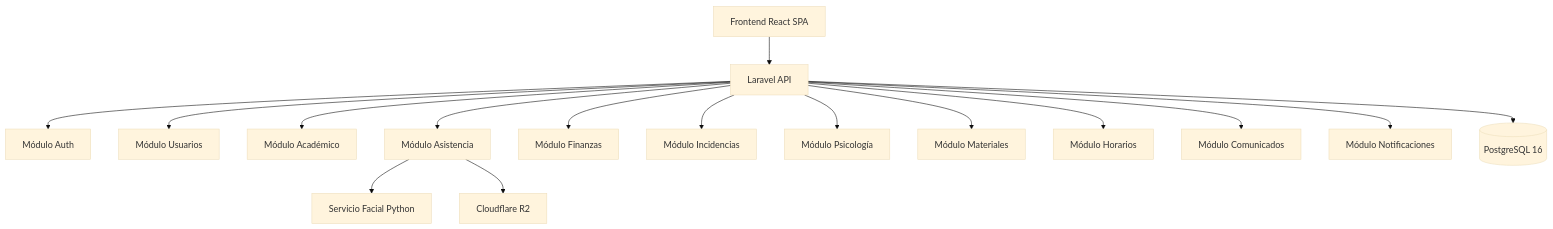
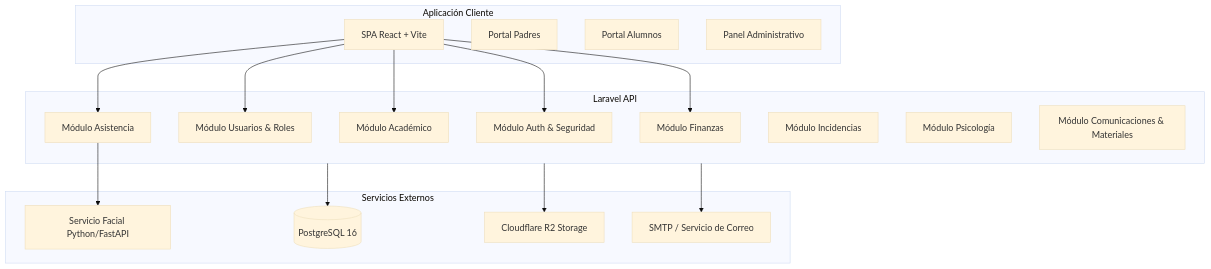
Before and after one commit to UPTWEB/proy-web-cienciasnet-cienciasnet: the fourth of 17 diagrams in docs/fds/FD03-EPIS-Informe Especificación Requerimientos.md, drawn with Mermaid (base theme). The commit also changed other lines of this file, not shown here.

````diff
--- a/docs/fds/FD03-EPIS-Informe Especificación Requerimientos.md
+++ b/docs/fds/FD03-EPIS-Informe Especificación Requerimientos.md
@@ -311,18 +315,38 @@
 ```mermaid
 flowchart TD
-    FRONT[Frontend React SPA] --> API[Laravel API]
-    API --> AUTH[Módulo Auth]
-    API --> USERS[Módulo Usuarios]
-    API --> ACAD[Módulo Académico]
-    API --> ASIST[Módulo Asistencia]
-    API --> FIN[Módulo Finanzas]
-    API --> INCID[Módulo Incidencias]
-    API --> PSIC[Módulo Psicología]
-    API --> MAT[Módulo Materiales]
-    API --> HOR[Módulo Horarios]
-    API --> COM[Módulo Comunicados]
-    API --> NOTIF[Módulo Notificaciones]
-    ASIST --> FACIAL[Servicio Facial Python]
-    API --> DB[(PostgreSQL 16)]
-    ASIST --> R2[Cloudflare R2]
+    subgraph Frontend [Aplicación Cliente]
+        SPA[SPA React + Vite]
+        PORTAL_P[Portal Padres]
+        PORTAL_A[Portal Alumnos]
+        PANEL[Panel Administrativo]
+    end
+
+    subgraph Backend [Laravel API]
+        AUTH[Módulo Auth & Seguridad]
+        USERS[Módulo Usuarios & Roles]
+        ACAD[Módulo Académico]
+        ASIST[Módulo Asistencia]
+        FIN[Módulo Finanzas]
+        INCID[Módulo Incidencias]
+        PSIC[Módulo Psicología]
+        COM[Módulo Comunicaciones & Materiales]
+    end
+
+    subgraph Infraestructura [Servicios Externos]
+        FACIAL[Servicio Facial Python/FastAPI]
+        DB[(PostgreSQL 16)]
+        R2[Cloudflare R2 Storage]
+        MAIL[SMTP / Servicio de Correo]
+    end
+
+    SPA --> AUTH
+    SPA --> USERS
+    SPA --> ACAD
+    SPA --> FIN
+    SPA --> ASIST
+    
+    ASIST --> FACIAL
+    Backend --> DB
+    Backend --> R2
+    Backend --> MAIL
 ```
````
